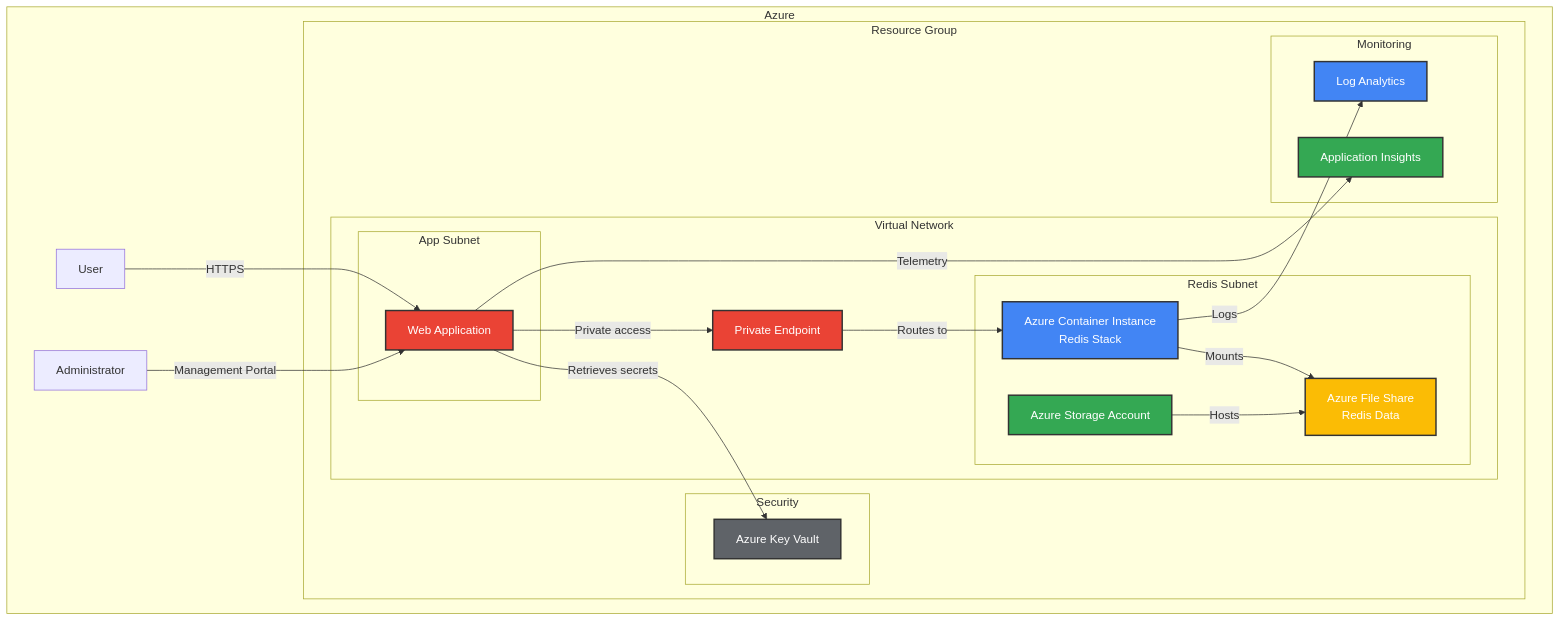
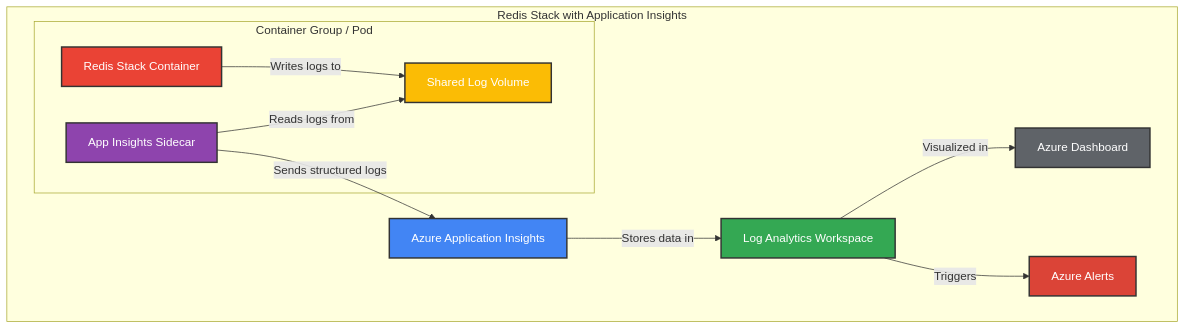
One commit to cfryerdev/azure-redis-stack-container changed the fourth of 4 diagrams in docs/architecture.md. Above: the diagram before and after it, drawn with Mermaid. The commit also changed other lines of this file and 12 other files, not shown here.

Commit message:
adding insights sidecar

````diff
--- a/docs/architecture.md
+++ b/docs/architecture.md
@@ -185,51 +145,31 @@
 ```mermaid
 graph TD
-    subgraph "Azure"
-        subgraph "Resource Group"
-            subgraph "Virtual Network"
-                PrivateEP[Private Endpoint]
-                
-                subgraph "App Subnet"
-                    WebApp[Web Application]
-                end
-                
-                subgraph "Redis Subnet"
-                    ACI[Azure Container Instance<br/>Redis Stack]
-                    Storage[Azure Storage Account]
-                    FileShare[Azure File Share<br/>Redis Data]
-                    
-                    ACI -->|Mounts| FileShare
-                    Storage -->|Hosts| FileShare
-                end
-                
-                WebApp -->|Private access| PrivateEP
-                PrivateEP -->|Routes to| ACI
-            end
+    subgraph "Redis Stack with Application Insights"
+        subgraph "Container Group / Pod"
+            Redis[Redis Stack Container]
+            Sidecar[App Insights Sidecar]
+            LogVol[Shared Log Volume]
             
-            subgraph "Security"
-                KeyVault[Azure Key Vault]
-                WebApp -->|Retrieves secrets| KeyVault
-            end
-            
-            subgraph "Monitoring"
-                Log[Log Analytics]
-                Insights[Application Insights]
-                
-                ACI -->|Logs| Log
-                WebApp -->|Telemetry| Insights
-            end
+            Redis -->|Writes logs to| LogVol
+            Sidecar -->|Reads logs from| LogVol
         end
         
-        User[User] -->|HTTPS| WebApp
-        Admin[Administrator] -->|Management Portal| WebApp
+        AppInsights[Azure Application Insights]
+        LogAnalytics[Log Analytics Workspace]
+        Dashboard[Azure Dashboard]
+        Alerts[Azure Alerts]
+        
+        Sidecar -->|Sends structured logs| AppInsights
+        AppInsights -->|Stores data in| LogAnalytics
+        LogAnalytics -->|Visualized in| Dashboard
+        LogAnalytics -->|Triggers| Alerts
     end
     
-    style ACI fill:#4285F4,stroke:#333,stroke-width:2px,color:white
-    style Storage fill:#34A853,stroke:#333,stroke-width:2px,color:white
-    style FileShare fill:#FBBC05,stroke:#333,stroke-width:2px,color:white
-    style WebApp fill:#EA4335,stroke:#333,stroke-width:2px,color:white
-    style KeyVault fill:#5F6368,stroke:#333,stroke-width:2px,color:white
-    style Log fill:#4285F4,stroke:#333,stroke-width:2px,color:white
-    style Insights fill:#34A853,stroke:#333,stroke-width:2px,color:white
-    style PrivateEP fill:#EA4335,stroke:#333,stroke-width:2px,color:white
+    style Redis fill:#EA4335,stroke:#333,stroke-width:2px,color:white
+    style Sidecar fill:#8E44AD,stroke:#333,stroke-width:2px,color:white
+    style LogVol fill:#FBBC05,stroke:#333,stroke-width:2px,color:white
+    style AppInsights fill:#4285F4,stroke:#333,stroke-width:2px,color:white
+    style LogAnalytics fill:#34A853,stroke:#333,stroke-width:2px,color:white
+    style Dashboard fill:#5F6368,stroke:#333,stroke-width:2px,color:white
+    style Alerts fill:#DB4437,stroke:#333,stroke-width:2px,color:white
 ```
````
